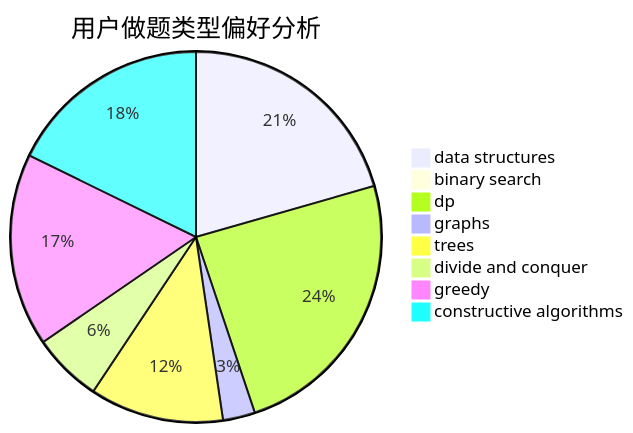
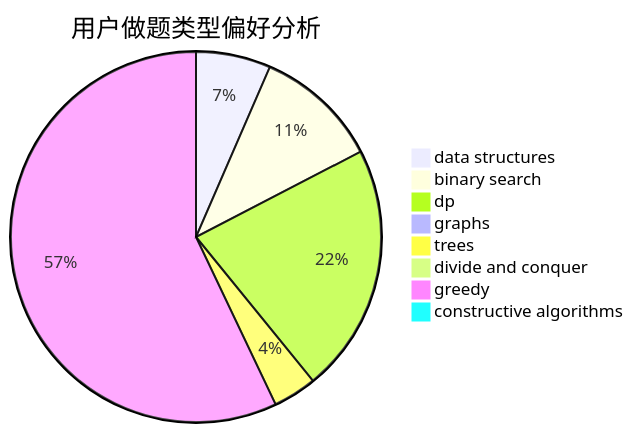
Before and after one commit to sherpahu/cfrs.github.io: the second of 3 diagrams in docs/user/u1899.md, drawn with Mermaid. The commit also changed other lines of this file and 2770 other files, not shown here.

````diff
--- a/docs/user/u1899.md
+++ b/docs/user/u1899.md
@@ -23,11 +23,11 @@
 ```mermaid
 pie title 用户做题类型偏好分析
-    "data structures" :  44
-    "binary search" :  0
-    "dp" :  52
-    "graphs" :  6
-    "trees" :  25
-    "divide and conquer" :  13
-    "greedy" :  36
-    "constructive algorithms" :  38
+    "data structures" :  12
+    "binary search" :  20
+    "dp" :  40
+    "graphs" :  0
+    "trees" :  7
+    "divide and conquer" :  0
+    "greedy" :  105
+    "constructive algorithms" :  0
 ```
````
